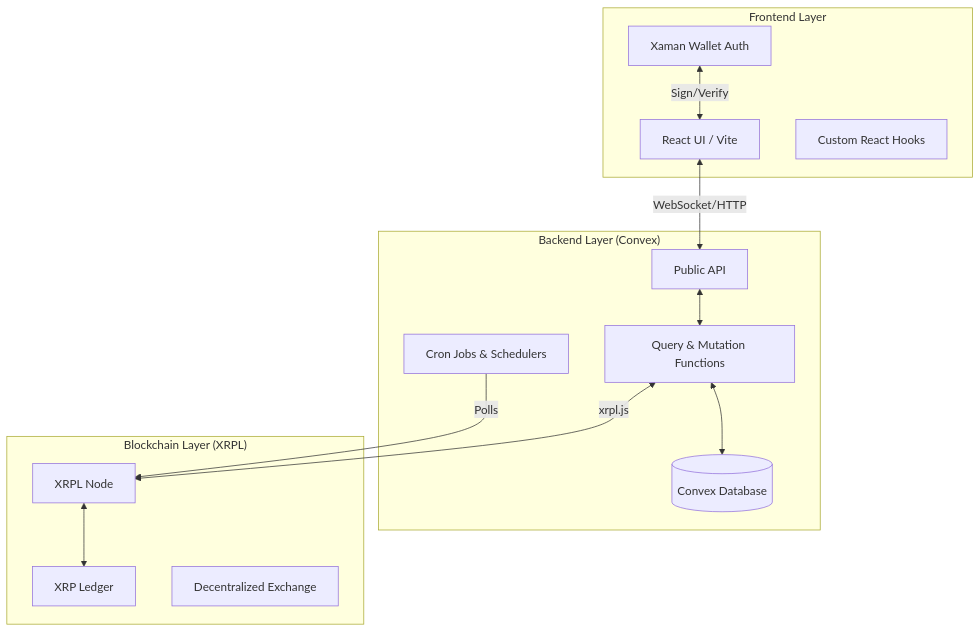
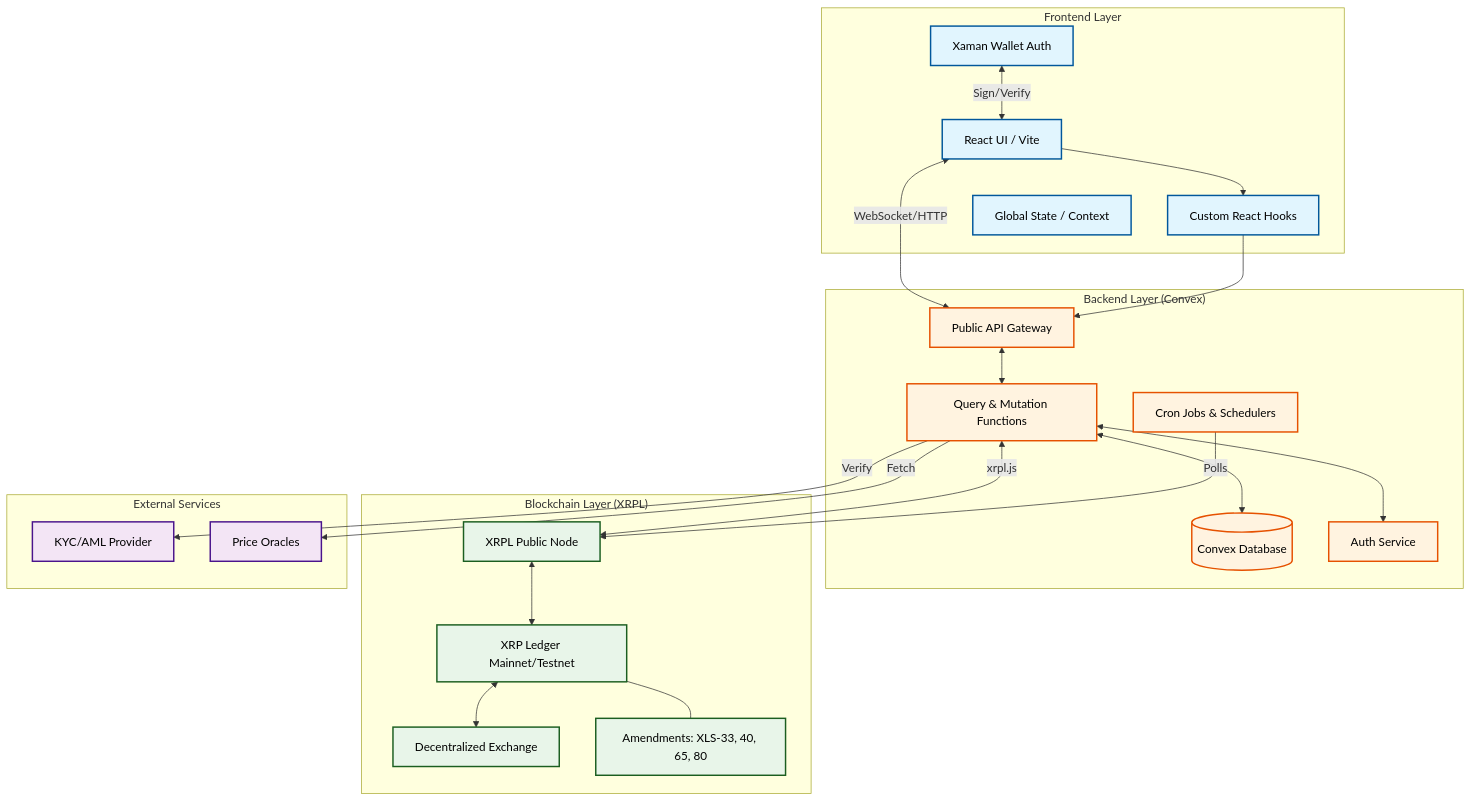
Before and after one commit to MrDecryptDecipher/xrpl-institutional-fund-management: the first of 17 diagrams in README.md, drawn with Mermaid. The commit also changed other lines of this file, not shown here.

Commit message:
docs: enhance mermaid diagrams with color and detail

````diff
--- a/README.md
+++ b/README.md
@@ -20,29 +20,53 @@
 ```mermaid
 graph TD
+    %% Styles
+    classDef frontend fill:#e1f5fe,stroke:#01579b,stroke-width:2px,color:#000;
+    classDef backend fill:#fff3e0,stroke:#e65100,stroke-width:2px,color:#000;
+    classDef ledger fill:#e8f5e9,stroke:#1b5e20,stroke-width:2px,color:#000;
+    classDef external fill:#f3e5f5,stroke:#4a148c,stroke-width:2px,color:#000;
+
     subgraph "Frontend Layer"
-        UI[React UI / Vite]
-        Auth[Xaman Wallet Auth]
-        Hooks[Custom React Hooks]
+        UI[React UI / Vite]:::frontend
+        Auth[Xaman Wallet Auth]:::frontend
+        Hooks[Custom React Hooks]:::frontend
+        State[Global State / Context]:::frontend
     end
 
     subgraph "Backend Layer (Convex)"
-        API[Public API]
-        Functions[Query & Mutation Functions]
-        Scheduler[Cron Jobs & Schedulers]
-        DB[(Convex Database)]
+        API[Public API Gateway]:::backend
+        Functions[Query & Mutation Functions]:::backend
+        Scheduler[Cron Jobs & Schedulers]:::backend
+        DB[(Convex Database)]:::backend
+        AuthService[Auth Service]:::backend
     end
 
     subgraph "Blockchain Layer (XRPL)"
-        Node[XRPL Node]
-        Ledger[XRP Ledger]
-        DEX[Decentralized Exchange]
+        Node[XRPL Public Node]:::ledger
+        Ledger[XRP Ledger Mainnet/Testnet]:::ledger
+        DEX[Decentralized Exchange]:::ledger
+        AMEND[Amendments: XLS-33, 40, 65, 80]:::ledger
+    end
+
+    subgraph "External Services"
+        KYC[KYC/AML Provider]:::external
+        Oracle[Price Oracles]:::external
     end
 
     UI <-->|WebSocket/HTTP| API
     Auth <-->|Sign/Verify| UI
+    UI --> Hooks
+    Hooks --> API
+    
     API <--> Functions
     Functions <--> DB
+    Functions <--> AuthService
     Functions <-->|xrpl.js| Node
+    
     Node <--> Ledger
+    Ledger --- AMEND
+    Ledger <--> DEX
+    
     Scheduler -->|Polls| Node
+    Functions -->|Verify| KYC
+    Functions -->|Fetch| Oracle
 ```
````
